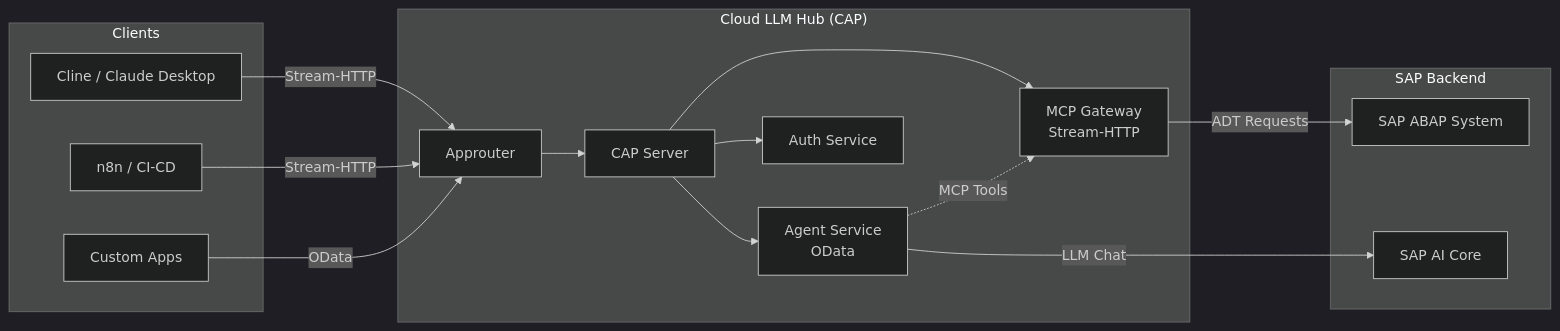
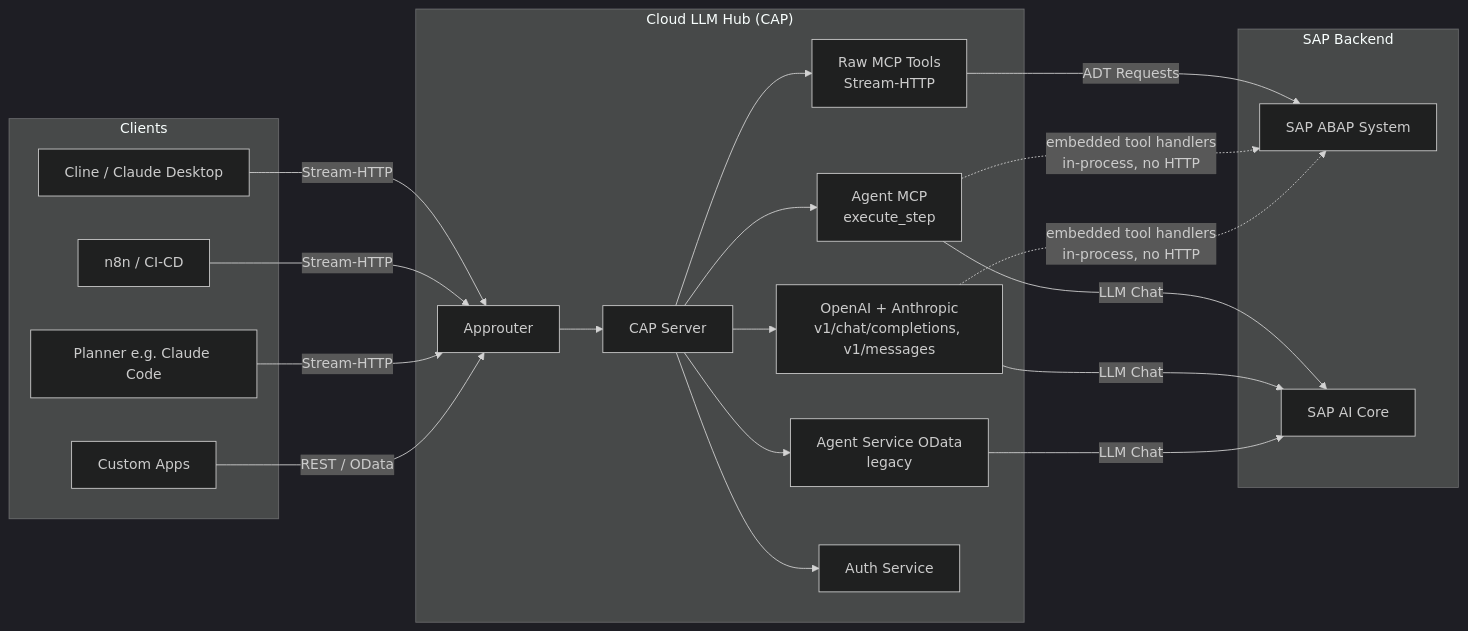
The first of 24 diagrams in docs/architecture/ARCHITECTURE.md (fr0ster/cloud-llm-hub), drawn with Mermaid (dark theme) before and after one commit. The commit also changed other lines of this file, not shown here.

First line of the commit message:
docs(architecture): correct stale agent-surface / file-layout / ToC to current reality (PR-186)

````diff
--- a/docs/architecture/ARCHITECTURE.md
+++ b/docs/architecture/ARCHITECTURE.md
@@ -32,34 +33,43 @@
 ```mermaid
 graph LR
     subgraph Clients
         CL[Cline / Claude Desktop]
         N8N[n8n / CI-CD]
+        PLAN[Planner e.g. Claude Code]
         APP[Custom Apps]
     end
 
     subgraph "Cloud LLM Hub (CAP)"
         AR[Approuter]
         SRV[CAP Server]
-        MCP_PROXY[MCP Gateway<br/>Stream-HTTP]
-        AGENT[Agent Service<br/>OData]
+        MCP_PROXY[Raw MCP Tools<br/>Stream-HTTP]
+        AGENT_MCP[Agent MCP<br/>execute_step]
+        V1[OpenAI + Anthropic<br/>v1/chat/completions, v1/messages]
+        AGENT_OD[Agent Service OData<br/>legacy]
         AUTH[Auth Service]
     end
 
     subgraph "SAP Backend"
         ABAP[SAP ABAP System]
         AICORE[SAP AI Core]
     end
 
     CL -->|Stream-HTTP| AR
     N8N -->|Stream-HTTP| AR
-    APP -->|OData| AR
+    PLAN -->|Stream-HTTP| AR
+    APP -->|REST / OData| AR
 
     AR --> SRV
     SRV --> MCP_PROXY
-    SRV --> AGENT
+    SRV --> AGENT_MCP
+    SRV --> V1
+    SRV --> AGENT_OD
     SRV --> AUTH
 
     MCP_PROXY -->|ADT Requests| ABAP
-    AGENT -->|LLM Chat| AICORE
-    AGENT -.->|MCP Tools| MCP_PROXY
+    AGENT_MCP -->|LLM Chat| AICORE
+    V1 -->|LLM Chat| AICORE
+    AGENT_OD -->|LLM Chat| AICORE
+    AGENT_MCP -.->|embedded tool handlers<br/>in-process, no HTTP| ABAP
+    V1 -.->|embedded tool handlers<br/>in-process, no HTTP| ABAP
 ```
````
